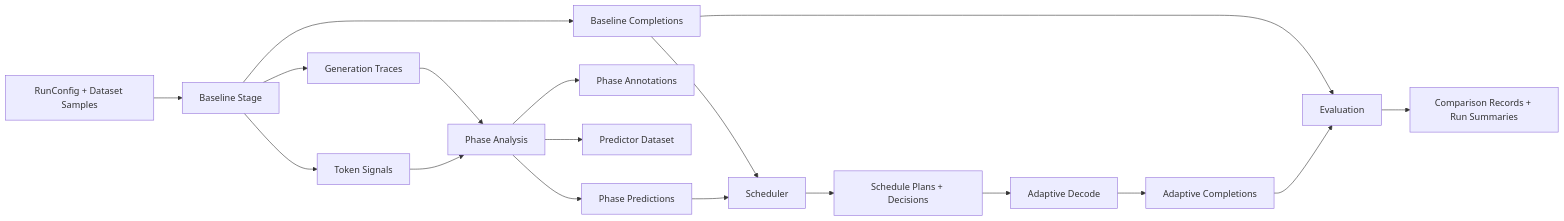
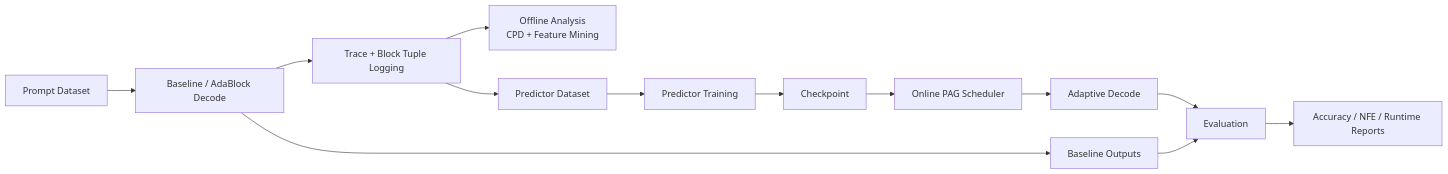
One commit to k-keshav-k/Phase-Assisted-Generation changed the first of 2 diagrams in README.md. Above: the diagram before and after it, drawn with Mermaid. The commit also changed other lines of this file, not shown here.

Commit message:
Update README with full run guide, workflows, and results snapshot

````diff
--- a/README.md
+++ b/README.md
@@ -23,20 +28,16 @@
 ```mermaid
 flowchart LR
-    A[RunConfig + Dataset Samples] --> B[Baseline Stage]
-    B --> C[Generation Traces]
-    B --> D[Token Signals]
-    B --> E[Baseline Completions]
-    C --> F[Phase Analysis]
-    D --> F
-    F --> G[Phase Annotations]
-    F --> H[Predictor Dataset]
-    F --> I[Phase Predictions]
-    E --> J[Scheduler]
-    I --> J
-    J --> K[Schedule Plans + Decisions]
-    K --> L[Adaptive Decode]
-    L --> M[Adaptive Completions]
-    E --> N[Evaluation]
-    M --> N
-    N --> O[Comparison Records + Run Summaries]
+    A[Prompt Dataset] --> B[Baseline / AdaBlock Decode]
+    B --> C[Trace + Block Tuple Logging]
+    C --> D[Offline Analysis
+CPD + Feature Mining]
+    C --> E[Predictor Dataset]
+    E --> F[Predictor Training]
+    F --> G[Checkpoint]
+    G --> H[Online PAG Scheduler]
+    H --> I[Adaptive Decode]
+    B --> J[Baseline Outputs]
+    I --> K[Evaluation]
+    J --> K
+    K --> L[Accuracy / NFE / Runtime Reports]
 ```
````
